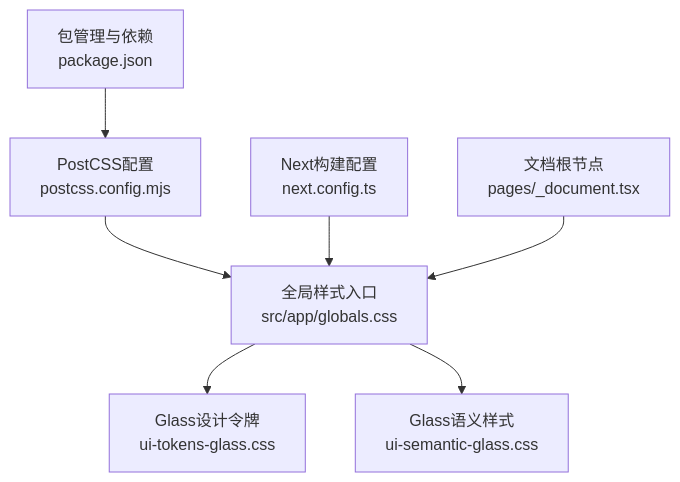
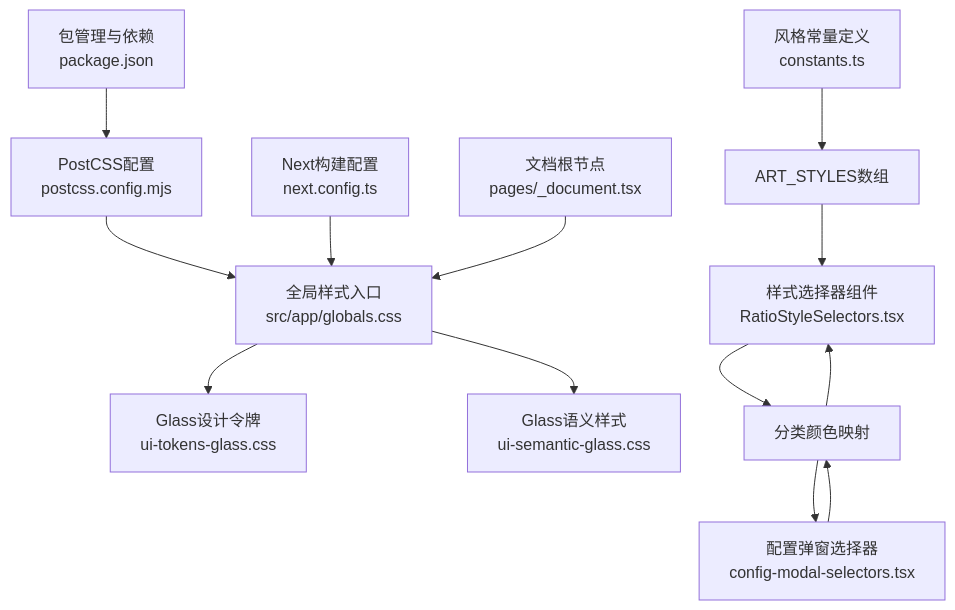
Before and after one commit to lyl2021/waoowaoo: the first of 8 diagrams in .qoder/repowiki/zh/content/前端组件架构/样式与主题.md, drawn with Mermaid. The commit also changed other lines of this file and 20 other files, not shown here.

````diff
--- a/.qoder/repowiki/zh/content/前端组件架构/样式与主题.md
+++ b/.qoder/repowiki/zh/content/前端组件架构/样式与主题.md
@@ -42,9 +59,15 @@
 ```mermaid
 graph TB
 A["全局样式入口<br/>src/app/globals.css"] --> B["Glass设计令牌<br/>ui-tokens-glass.css"]
 A --> C["Glass语义样式<br/>ui-semantic-glass.css"]
 D["PostCSS配置<br/>postcss.config.mjs"] --> A
 E["Next构建配置<br/>next.config.ts"] --> A
 F["包管理与依赖<br/>package.json"] --> D
 G["文档根节点<br/>pages/_document.tsx"] --> A
+H["风格常量定义<br/>constants.ts"] --> I["ART_STYLES数组"]
+J["样式选择器组件<br/>RatioStyleSelectors.tsx"] --> K["分类颜色映射"]
+L["配置弹窗选择器<br/>config-modal-selectors.tsx"] --> K
+I --> J
+K --> J
+K --> L
 ```
````
